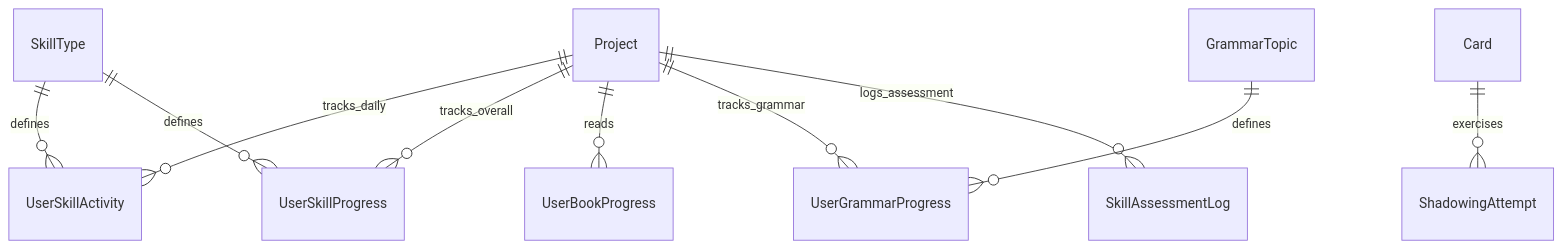
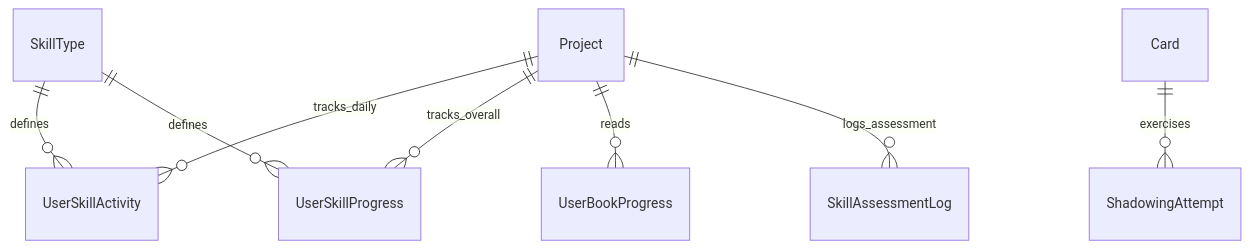
One commit to Kamil-Zuki/Polyraspad changed the diagram in Docs/Vocabulary Service/03 - Модель Данных/01 - Основные сущности/Entity - Активность и Оценка Навыков - Activity & Assessment.md. Above: the diagram before and after it, drawn with Mermaid. The commit also changed other lines of this file and 221 other files, not shown here.

````diff
--- a/Docs/Vocabulary Service/03 - Модель Данных/01 - Основные сущности/Entity - Активность и Оценка Навыков - Activity & Assessment.md
+++ b/Docs/Vocabulary Service/03 - Модель Данных/01 - Основные сущности/Entity - Активность и Оценка Навыков - Activity & Assessment.md
@@ -142,12 +113,10 @@
 ```mermaid
 erDiagram
     Project ||--o{ UserSkillActivity : tracks_daily
     Project ||--o{ UserSkillProgress : tracks_overall
     Project ||--o{ UserBookProgress : reads
-    Project ||--o{ UserGrammarProgress : tracks_grammar
     SkillType ||--o{ UserSkillActivity : defines
     SkillType ||--o{ UserSkillProgress : defines
     Card ||--o{ ShadowingAttempt : exercises
     Project ||--o{ SkillAssessmentLog : logs_assessment
-    GrammarTopic ||--o{ UserGrammarProgress : defines
 ```
````
